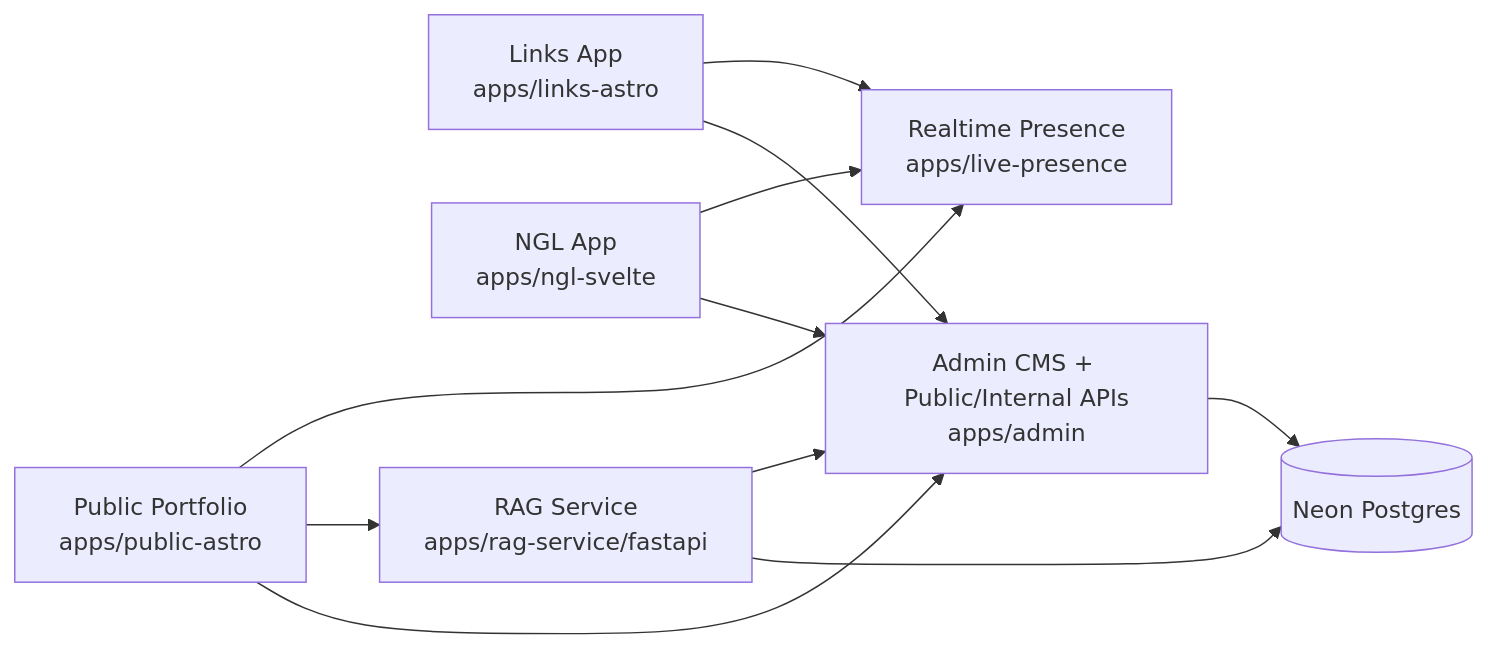
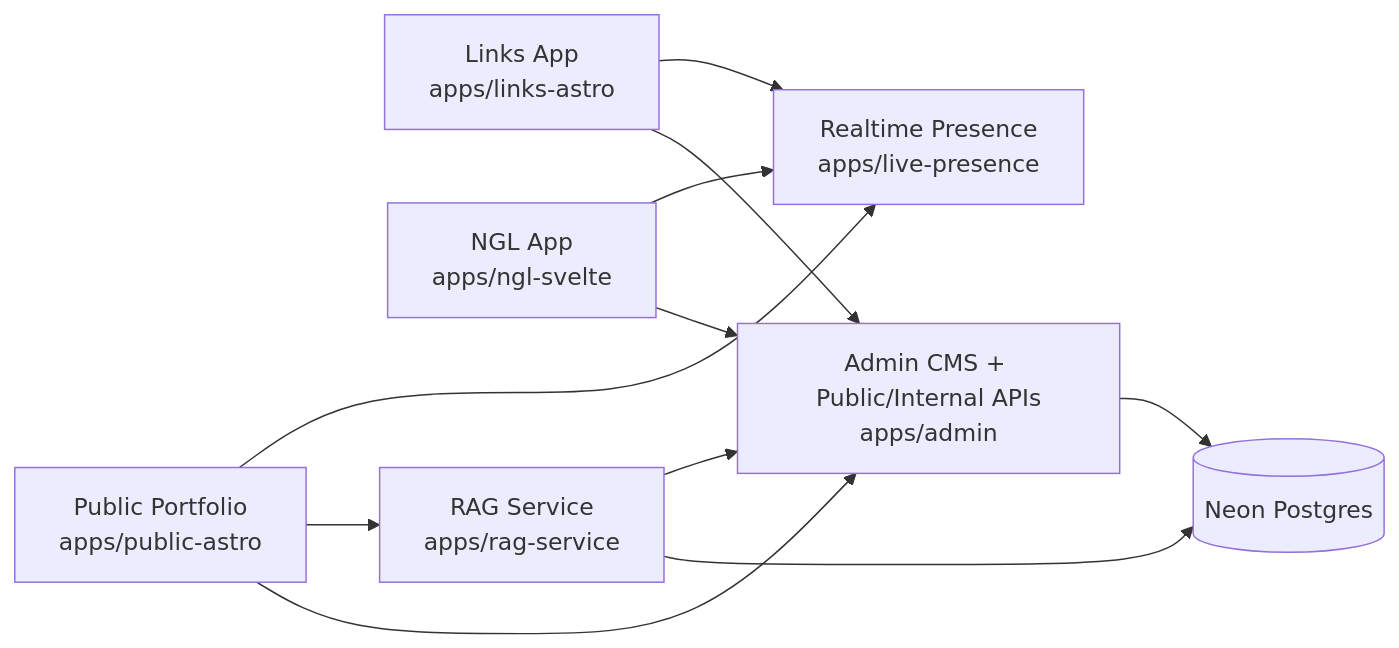
Before and after one commit to naufalrf4/portfolio-nopal: the diagram in README.md, drawn with Mermaid. The commit also changed other lines of this file and 173 other files, not shown here.

````diff
--- a/README.md
+++ b/README.md
@@ -26,21 +26,21 @@
 ```mermaid
 flowchart LR
     Public[Public Portfolio\napps/public-astro]
     Links[Links App\napps/links-astro]
     NGL[NGL App\napps/ngl-svelte]
     Admin[Admin CMS + Public/Internal APIs\napps/admin]
     Presence[Realtime Presence\napps/live-presence]
-    RAG[RAG Service\napps/rag-service/fastapi]
+    RAG[RAG Service\napps/rag-service]
     DB[(Neon Postgres)]
 
     Public --> Admin
     Links --> Admin
     NGL --> Admin
     Public --> RAG
     Public --> Presence
     Links --> Presence
     NGL --> Presence
     Admin --> DB
     RAG --> DB
     RAG --> Admin
 ```
````
